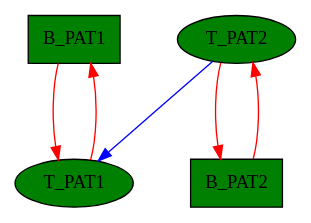
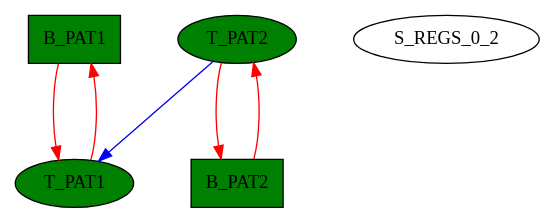
The diagram in modules/ftm/ftmx86/test_refs.dot (GSI-CS-CO/bel_projects), drawn with Graphviz before and after one commit. The commit also changed 15 other files, not shown here.

```diff
--- a/modules/ftm/ftmx86/test_refs.dot
+++ b/modules/ftm/ftmx86/test_refs.dot
@@ -1,15 +1,19 @@
 digraph G {
 graph [root="Demo",rankdir   = TB, nodesep           = 0.6, mindist     = 1.0, ranksep = 1.0, overlap = false]
 node [style     = "filled", fillcolor = "white", color = "black"]
 "B_PAT1"[cpu="0", type="block", tperiod="10000", pattern="PAT1", patentry="false", patexit="true", qlo="true", qhi="false", qil="false", shape     = "rectangle", fillcolor = "green"];
 T_PAT1[cpu="0", type="tmsg", toffs="0", pattern="PAT1", patentry="true", fid="1", gid="200", evtno="259", beamin="0", bpcstart="0", sid="1", bpid="3", reqnobeam="0", vacc="0", par="0x123", tef="0", shape     = "oval", fillcolor = "green"];
 T_PAT1->B_PAT1->T_PAT1 [type="defdst", color = "red"];
 
 
 "B_PAT2"[cpu="0", type="block", tperiod="10000", pattern="PAT1", patentry="false", patexit="true", qlo="true", qhi="false", qil="false", shape     = "rectangle", fillcolor = "green"];
 T_PAT2[cpu="0", type="tmsg", toffs="0", pattern="PAT1", patentry="true", fid="1", gid="200", evtno="259", beamin="0", bpcstart="0", sid="1", bpid="3", reqnobeam="0", vacc="0", par="0x456", tef="0", shape     = "oval", fillcolor = "green"];
 T_PAT2->B_PAT2->T_PAT2 [type="defdst", color = "red"];
 
 
+S_REGS_0_2 [cpu="0", type="static", section="register", thread="1", tOffs="0x8" ];
+
 T_PAT2->T_PAT1 [type="reference", color = "blue", fieldtail="0x18", fieldhead="0x10", fieldwidth="32"];
+
+
 }
```
